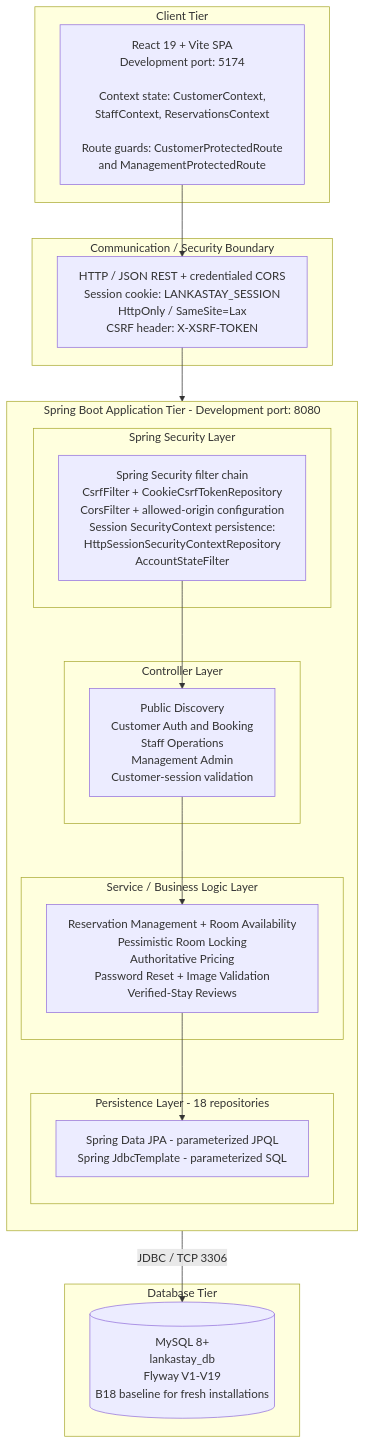
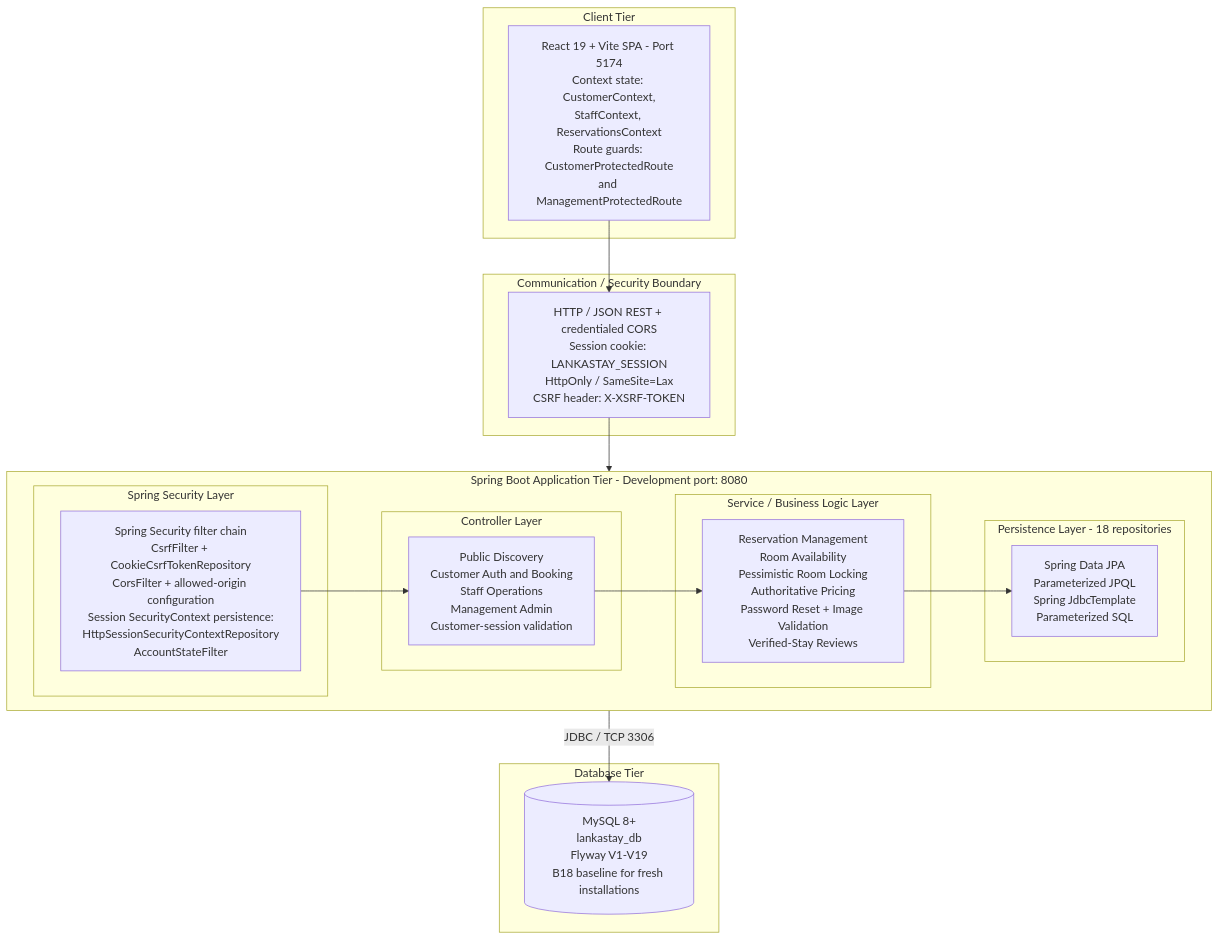
The diagram in README.md (LakshanHMK/hotel-reservation-system), drawn with Mermaid before and after one commit.

Commit message:
docs: compact Mermaid architecture layout

````diff
--- a/README.md
+++ b/README.md
@@ -80,39 +80,31 @@
 ```mermaid
-%%{init: {"flowchart": {"wrappingWidth": 440}}}%%
+%%{init: {"flowchart": {"wrappingWidth": 220}}}%%
 flowchart TB
     subgraph clientTier["Client Tier"]
-        spa["React 19 + Vite SPA<br/>Development port: 5174<br/><br/>Context state: CustomerContext,<br/>StaffContext, ReservationsContext<br/><br/>Route guards: CustomerProtectedRoute<br/>and ManagementProtectedRoute"]
+        spa["React 19 + Vite SPA - Port 5174<br/>Context state: CustomerContext,<br/>StaffContext, ReservationsContext<br/>Route guards: CustomerProtectedRoute<br/>and ManagementProtectedRoute"]
     end
-
     subgraph communicationTier["Communication / Security Boundary"]
         transport["HTTP / JSON REST + credentialed CORS<br/>Session cookie: LANKASTAY_SESSION<br/>HttpOnly / SameSite=Lax<br/>CSRF header: X-XSRF-TOKEN"]
     end
-
     subgraph applicationTier["Spring Boot Application Tier - Development port: 8080"]
-        direction TB
+        direction LR
         subgraph securityLayer["Spring Security Layer"]
             security["Spring Security filter chain<br/>CsrfFilter + CookieCsrfTokenRepository<br/>CorsFilter + allowed-origin configuration<br/>Session SecurityContext persistence:<br/>HttpSessionSecurityContextRepository<br/>AccountStateFilter"]
         end
-
         subgraph controllerLayer["Controller Layer"]
             controllers["Public Discovery<br/>Customer Auth and Booking<br/>Staff Operations<br/>Management Admin<br/>Customer-session validation"]
         end
-
         subgraph serviceLayer["Service / Business Logic Layer"]
-            services["Reservation Management + Room Availability<br/>Pessimistic Room Locking<br/>Authoritative Pricing<br/>Password Reset + Image Validation<br/>Verified-Stay Reviews"]
+            services["Reservation Management<br/>Room Availability<br/>Pessimistic Room Locking<br/>Authoritative Pricing<br/>Password Reset + Image Validation<br/>Verified-Stay Reviews"]
         end
-
         subgraph persistenceLayer["Persistence Layer - 18 repositories"]
-            persistence["Spring Data JPA - parameterized JPQL<br/>Spring JdbcTemplate - parameterized SQL"]
+            persistence["Spring Data JPA<br/>Parameterized JPQL<br/>Spring JdbcTemplate<br/>Parameterized SQL"]
         end
-
         security --> controllers --> services --> persistence
     end
-
     subgraph databaseTier["Database Tier"]
         mysql[("MySQL 8+<br/>lankastay_db<br/>Flyway V1-V19<br/>B18 baseline for fresh installations")]
     end
-
-    spa --> transport --> security
-    persistence -->|JDBC / TCP 3306| mysql
+    spa --> transport --> applicationTier
+    applicationTier -->|JDBC / TCP 3306| mysql
 ```
````
